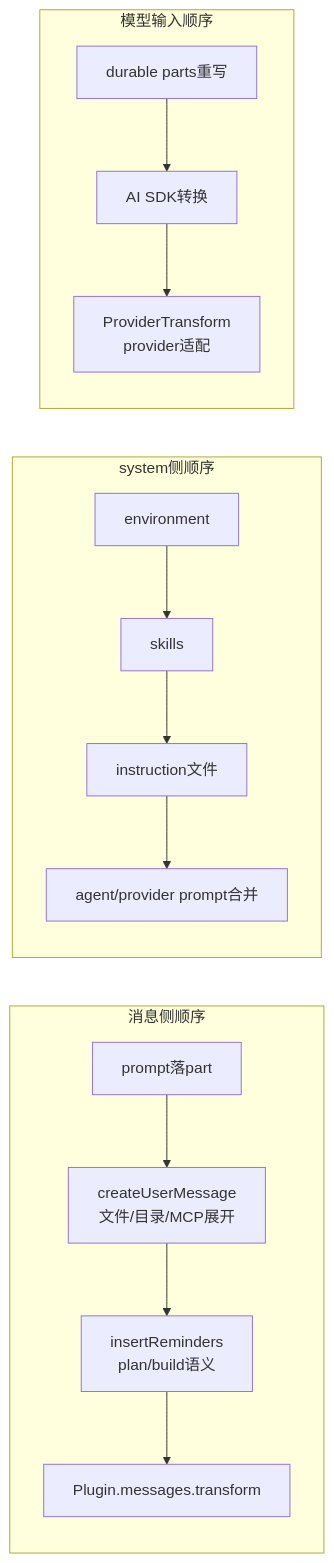
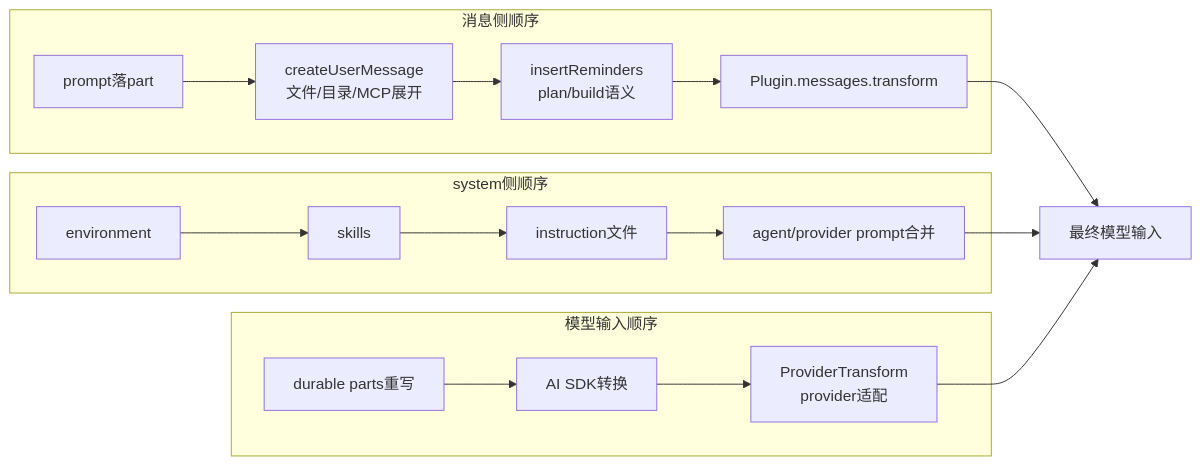
One commit to feuyeux/agent-study changed the diagram in opencode_kickoff/09-context-injection-order.md. Above: the diagram before and after it, drawn with Mermaid. The commit also changed other lines of this file and 21 other files, not shown here.

````diff
--- a/opencode_kickoff/09-context-injection-order.md
+++ b/opencode_kickoff/09-context-injection-order.md
@@ -7,19 +7,21 @@
 ```mermaid
 flowchart LR
     subgraph 消息侧顺序
         M1[prompt落part] --> M2[createUserMessage<br/>文件/目录/MCP展开]
         M2 --> M3[insertReminders<br/>plan/build语义]
         M3 --> M4[Plugin.messages.transform]
     end
 
     subgraph system侧顺序
         S1[environment] --> S2[skills]
         S2 --> S3[instruction文件]
         S3 --> S4[agent/provider prompt合并]
     end
 
     subgraph 模型输入顺序
         H1[durable parts重写] --> H2[AI SDK转换]
         H2 --> H3[ProviderTransform<br/>provider适配]
     end
+
+    M4 & S4 & H3 --> 最终输入[最终模型输入]
 ```
````
